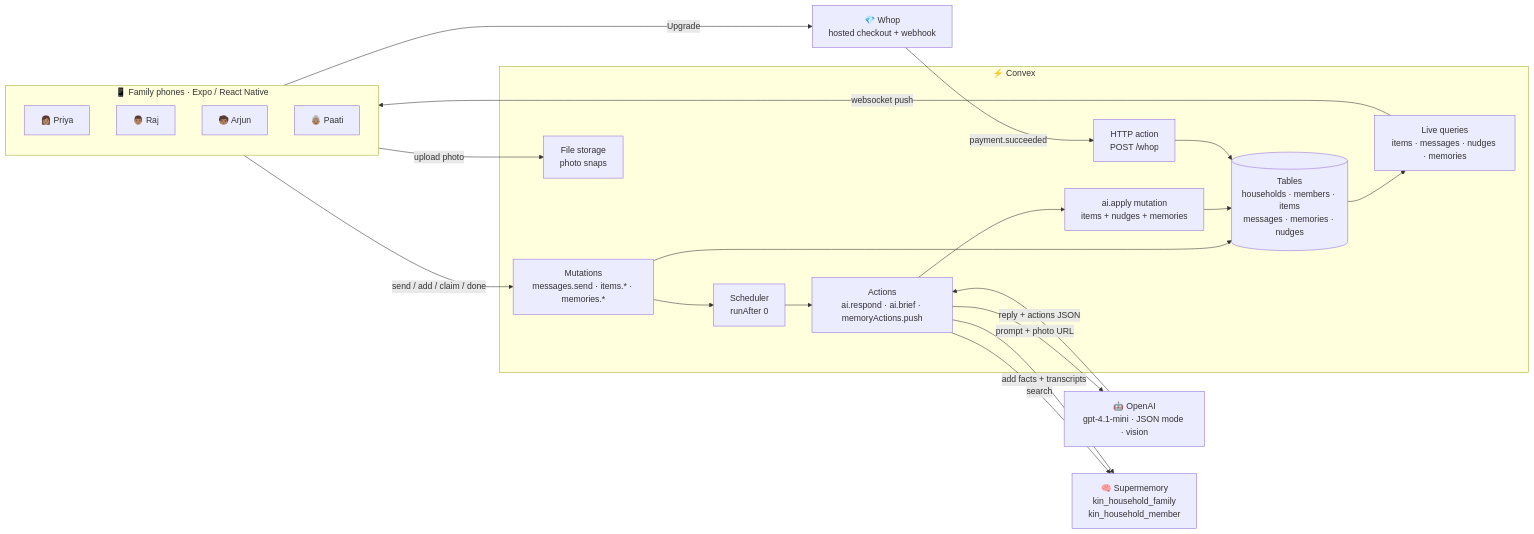
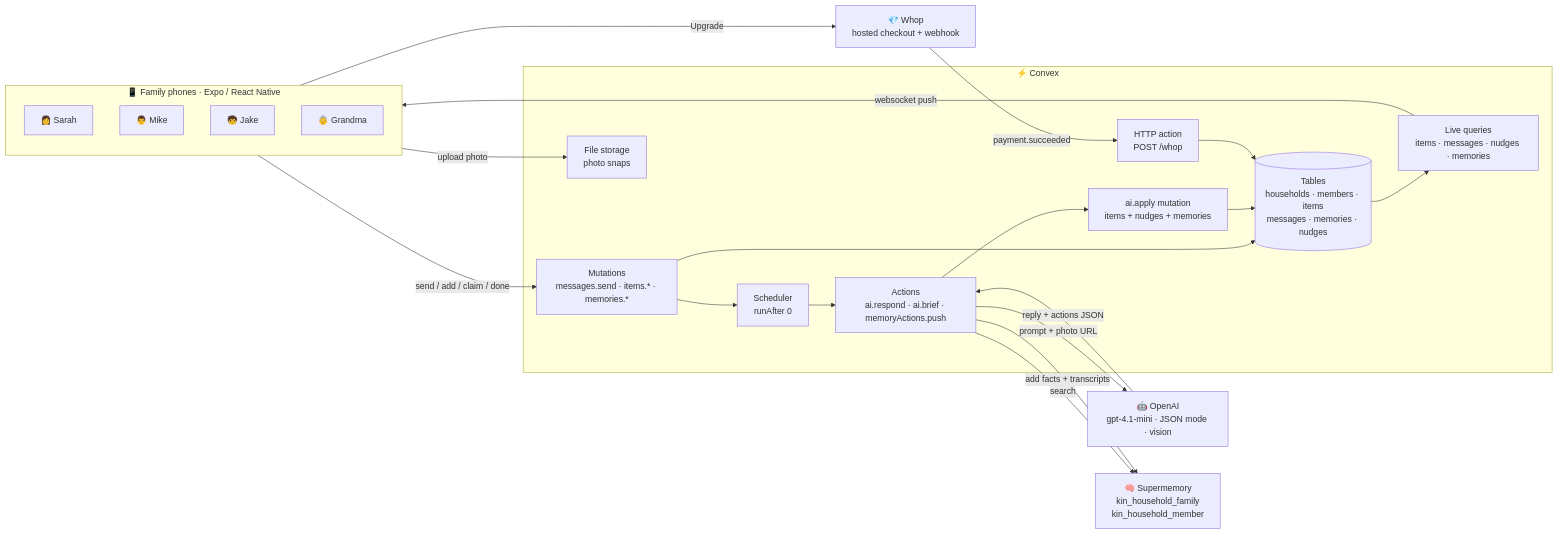
One commit to vnmoorthy/kin-family-ai changed the first of 2 diagrams in README.md. Above: the diagram before and after it, drawn with Mermaid. The commit also changed other lines of this file and 21 other files, not shown here.

````diff
--- a/README.md
+++ b/README.md
@@ -112,38 +112,38 @@
 ```mermaid
 flowchart LR
   subgraph Phones["📱 Family phones · Expo / React Native"]
-    P1["👩🏽 Priya"]
-    P2["👨🏽 Raj"]
-    P3["🧒🏽 Arjun"]
-    P4["👵🏽 Paati"]
+    P1["👩 Sarah"]
+    P2["👨 Mike"]
+    P3["🧒 Jake"]
+    P4["👵 Grandma"]
   end
 
   subgraph Convex["⚡ Convex"]
     Q["Live queries<br/>items · messages · nudges · memories"]
     M["Mutations<br/>messages.send · items.* · memories.*"]
     S["Scheduler<br/>runAfter 0"]
     A["Actions<br/>ai.respond · ai.brief · memoryActions.push"]
     AP["ai.apply mutation<br/>items + nudges + memories"]
     FS["File storage<br/>photo snaps"]
     H["HTTP action<br/>POST /whop"]
     DB[("Tables<br/>households · members · items<br/>messages · memories · nudges")]
   end
 
   OA["🤖 OpenAI<br/>gpt-4.1-mini · JSON mode · vision"]
   SM["🧠 Supermemory<br/>kin_household_family<br/>kin_household_member"]
   W["💎 Whop<br/>hosted checkout + webhook"]
 
   Phones -- "send / add / claim / done" --> M
   Phones -- "upload photo" --> FS
   M --> DB
   M --> S --> A
   A -- "prompt + photo URL" --> OA
   OA -- "reply + actions JSON" --> A
   A -- "search" --> SM
   A -- "add facts + transcripts" --> SM
   A --> AP --> DB
   DB --> Q
   Q -- "websocket push" --> Phones
   Phones -- "Upgrade" --> W
   W -- "payment.succeeded" --> H --> DB
 ```
````
